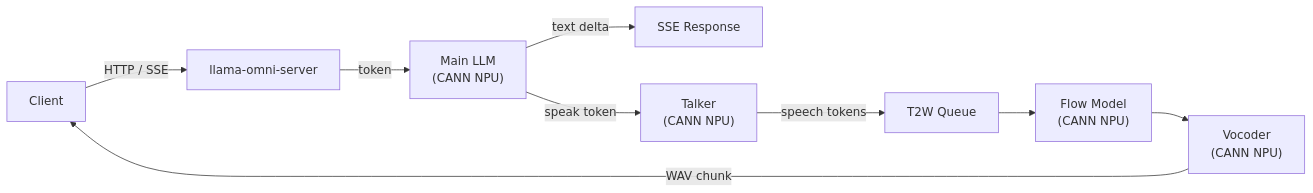
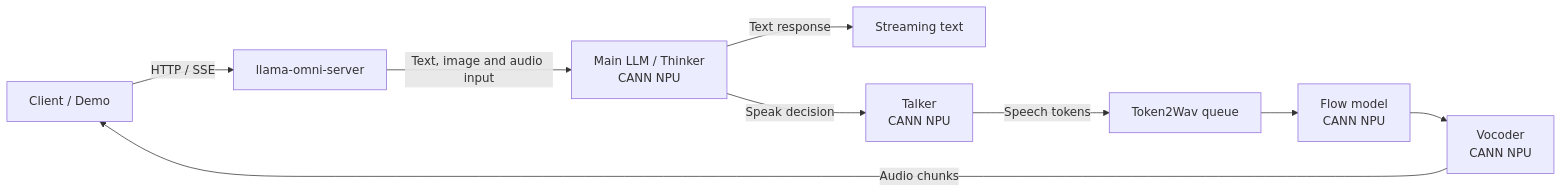
Before and after one commit to J1mmyLau/minicam-o4.5-acc: the diagram in README.md, drawn with Mermaid. The commit also changed other lines of this file, not shown here.

First line of the commit message:
docs(readme): rewrite as project story with competition and model context

````diff
--- a/README.md
+++ b/README.md
@@ -112,11 +139,11 @@
 ```mermaid
-graph LR
-    Client[Client] -->|HTTP / SSE| Server[llama-omni-server]
-    Server -->|token| MainLLM["Main LLM<br/>(CANN NPU)"]
-    MainLLM -->|text delta| SSE[SSE Response]
-    MainLLM -->|speak token| Talker["Talker<br/>(CANN NPU)"]
-    Talker -->|speech tokens| T2WQueue[T2W Queue]
-    T2WQueue --> Flow["Flow Model<br/>(CANN NPU)"]
-    Flow --> Vocoder["Vocoder<br/>(CANN NPU)"]
-    Vocoder -->|WAV chunk| Client
+flowchart LR
+    Client["Client / Demo"] -->|"HTTP / SSE"| Server["llama-omni-server"]
+    Server -->|"Text, image and audio input"| MainLLM["Main LLM / Thinker<br/>CANN NPU"]
+    MainLLM -->|"Text response"| Text["Streaming text"]
+    MainLLM -->|"Speak decision"| Talker["Talker<br/>CANN NPU"]
+    Talker -->|"Speech tokens"| Queue["Token2Wav queue"]
+    Queue --> Flow["Flow model<br/>CANN NPU"]
+    Flow --> Vocoder["Vocoder<br/>CANN NPU"]
+    Vocoder -->|"Audio chunks"| Client
 ```
````
